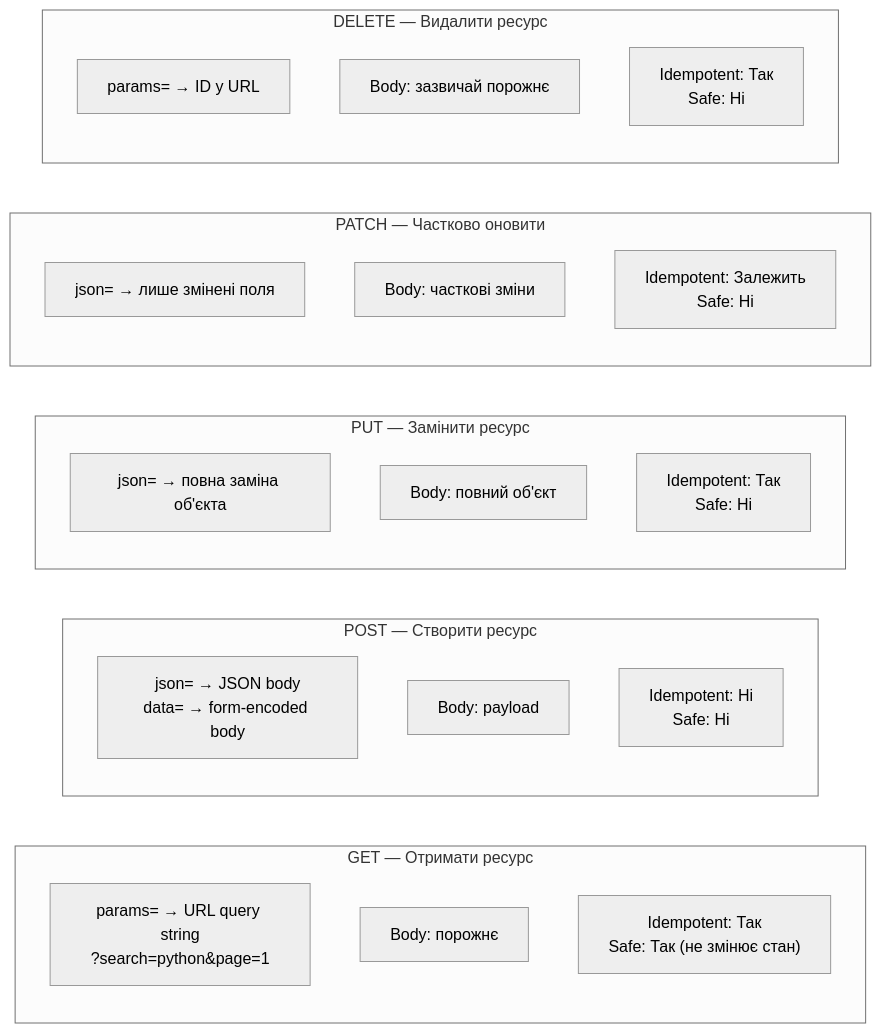
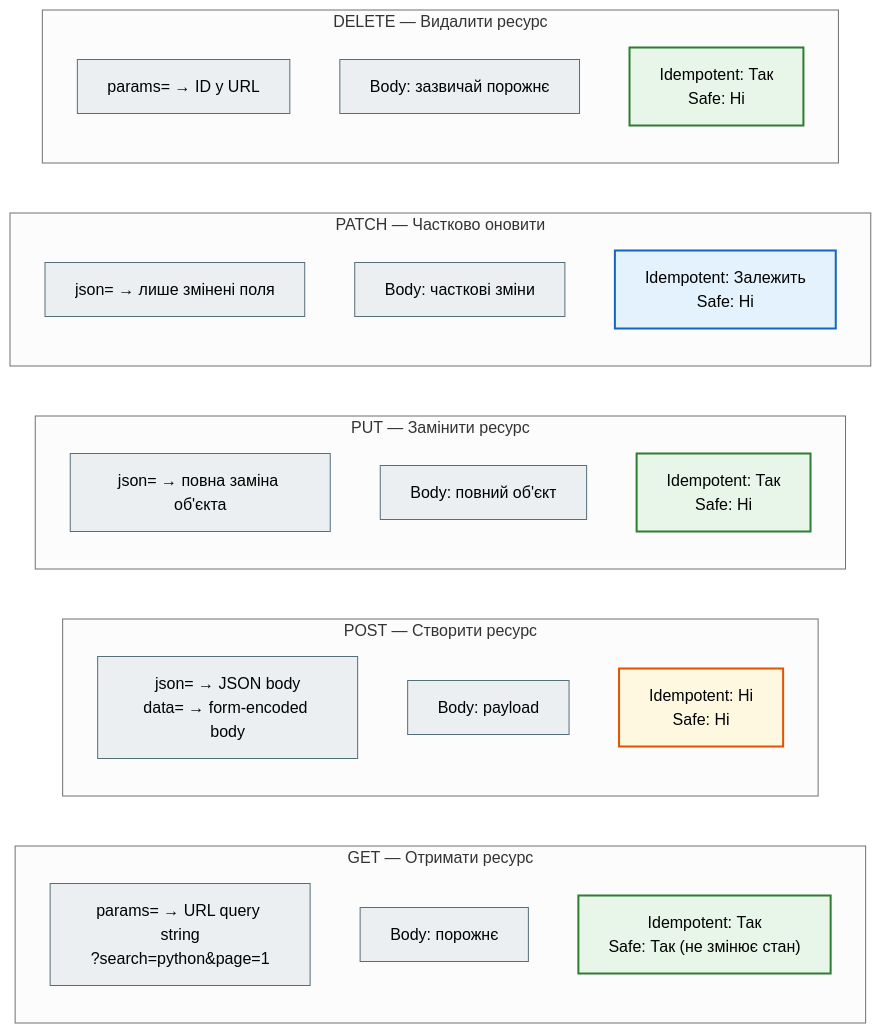
Before and after one commit to NikoriakViktot/notes_chat_app: the sixth of 8 diagrams in docs/01_web_foundations/http_requests_docs.md, drawn with Mermaid (neutral theme). The commit also changed other lines of this file and 441 other files, not shown here.

First line of the commit message:
Add English version of the book, Mermaid standard, docs fixes

````diff
--- a/docs/01_web_foundations/http_requests_docs.md
+++ b/docs/01_web_foundations/http_requests_docs.md
@@ -335,37 +343,47 @@
 ```mermaid
 flowchart LR
     subgraph GET["GET — Отримати ресурс"]
         direction TB
-        G1["params= → URL query string\n?search=python&page=1"]
+        G1["params= → URL query string<br>?search=python&page=1"]
         G2["Body: порожнє"]
-        G3["Idempotent: Так\nSafe: Так (не змінює стан)"]
+        G3["Idempotent: Так<br>Safe: Так (не змінює стан)"]
     end
 
     subgraph POST["POST — Створити ресурс"]
         direction TB
-        P1["json= → JSON body\ndata= → form-encoded body"]
+        P1["json= → JSON body<br>data= → form-encoded body"]
         P2["Body: payload"]
-        P3["Idempotent: Ні\nSafe: Ні"]
+        P3["Idempotent: Ні<br>Safe: Ні"]
     end
 
     subgraph PUT["PUT — Замінити ресурс"]
         direction TB
         U1["json= → повна заміна об'єкта"]
         U2["Body: повний об'єкт"]
-        U3["Idempotent: Так\nSafe: Ні"]
+        U3["Idempotent: Так<br>Safe: Ні"]
     end
 
     subgraph PATCH["PATCH — Частково оновити"]
         direction TB
         PA1["json= → лише змінені поля"]
         PA2["Body: часткові зміни"]
-        PA3["Idempotent: Залежить\nSafe: Ні"]
+        PA3["Idempotent: Залежить<br>Safe: Ні"]
     end
 
     subgraph DELETE["DELETE — Видалити ресурс"]
         direction TB
         D1["params= → ID у URL"]
         D2["Body: зазвичай порожнє"]
-        D3["Idempotent: Так\nSafe: Ні"]
+        D3["Idempotent: Так<br>Safe: Ні"]
     end
+
+    classDef step     fill:#eceff1,stroke:#546e7a,stroke-width:1px;
+    classDef decision fill:#e3f2fd,stroke:#1565c0,stroke-width:2px;
+    classDef success  fill:#e8f5e9,stroke:#2e7d32,stroke-width:2px;
+    classDef warning  fill:#fff8e1,stroke:#e65100,stroke-width:2px;
+
+    class G1,G2,P1,P2,U1,U2,PA1,PA2,D1,D2 step;
+    class G3,U3,D3 success;
+    class P3 warning;
+    class PA3 decision;
 ```
````
